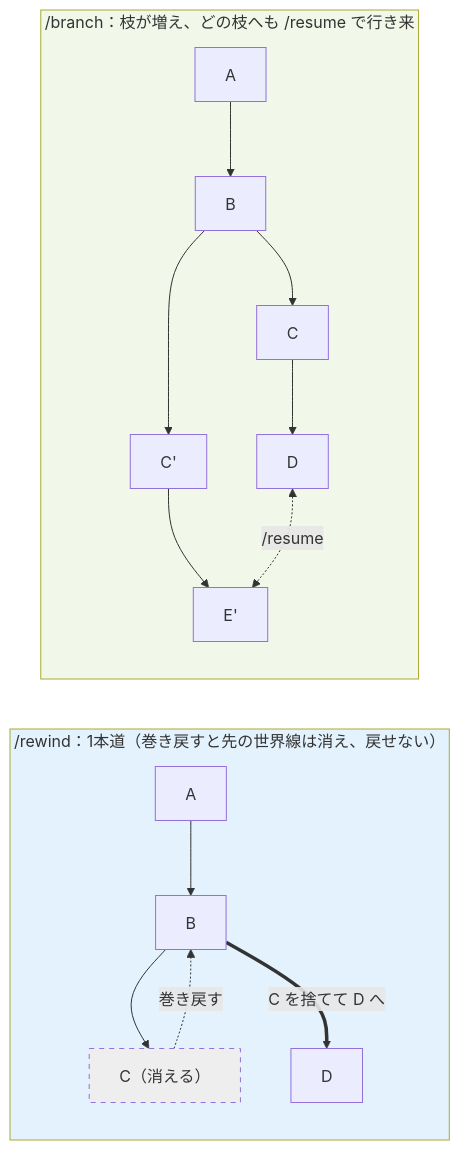
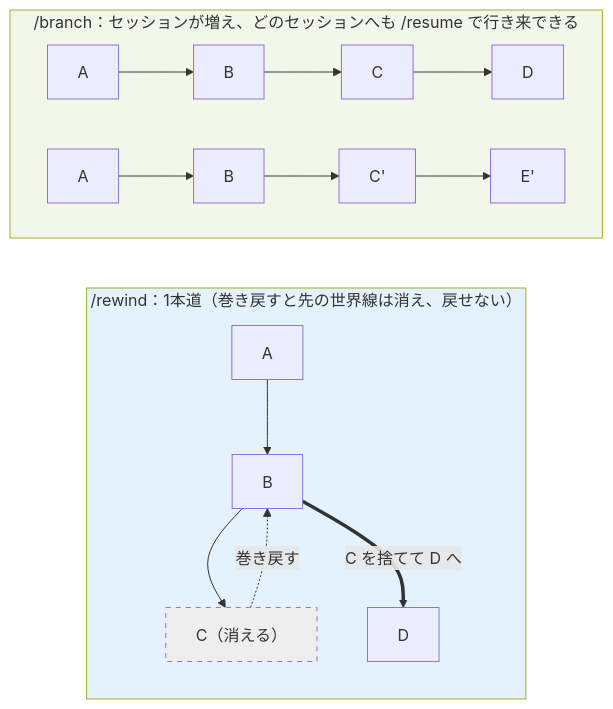
One commit to uehaj/zenn-articles changed the seventh of 11 diagrams in articles/claude-code-fork-branch-rewind-btw.md. Above: the diagram before and after it, drawn with Mermaid. The commit also changed other lines of this file, not shown here.

First line of the commit message:
feat: publish claude-code-fork-branch-rewind-btw article

````diff
--- a/articles/claude-code-fork-branch-rewind-btw.md
+++ b/articles/claude-code-fork-branch-rewind-btw.md
@@ -200,17 +209,17 @@
 ```mermaid
 graph LR
     subgraph RW["/rewind：1本道（巻き戻すと先の世界線は消え、戻せない）"]
+        direction TB
         r1["A"] --> r2["B"] --> r3["C（消える）"]
         r3 -."巻き戻す".-> r2
         r2 ==>|"C を捨てて D へ"| r4["D"]
     end
-    subgraph BR["/branch：枝が増え、どの枝へも /resume で行き来"]
-        b1["A"] --> b2["B"]
-        b2 --> b3["C"] --> b3d["D"]
-        b2 --> b4["C'"] --> b4e["E'"]
-        b3d <-."/resume".-> b4e
+    subgraph BR["/branch：セッションが増え、どのセッションへも /resume で行き来できる"]
+        direction LR
+        b1["A"] --> b2["B"] --> b3["C"] --> b4["D"]
+        c1["A"] --> c2["B"] --> c3["C'"] --> c4["E'"]
     end
     style RW fill:#e3f2fd
     style BR fill:#f1f8e9
     style r3 fill:#eeeeee,stroke-dasharray: 5 5
 ```
````
